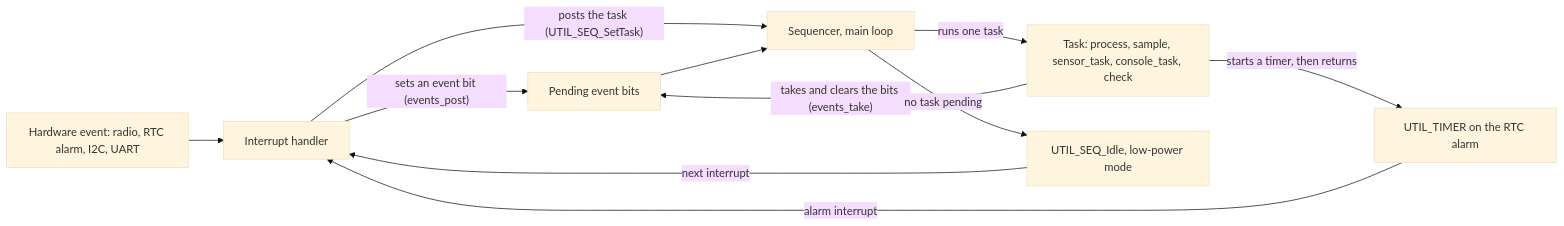
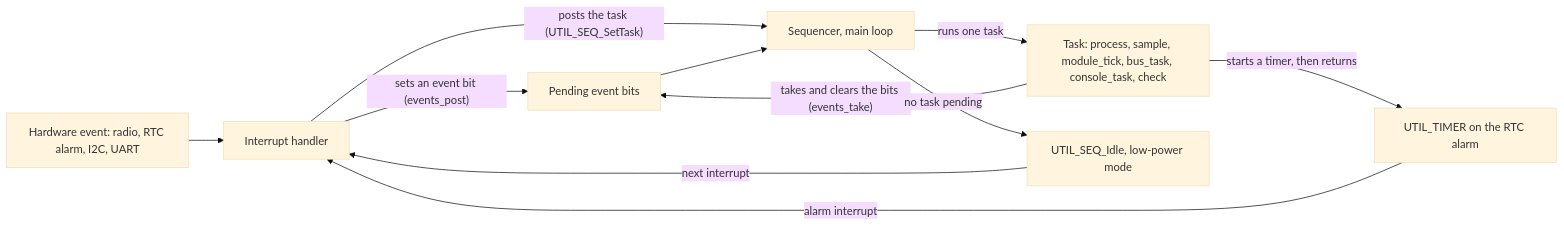
One commit to clintecker/weather-station-2026 changed the first of 5 diagrams in docs/firmware-event-model.md. Above: the diagram before and after it, drawn with Mermaid (base theme). The commit also changed other lines of this file and 16 other files, not shown here.

````diff
--- a/docs/firmware-event-model.md
+++ b/docs/firmware-event-model.md
@@ -24,13 +24,13 @@
 ```mermaid
 flowchart LR
   HW["Hardware event: radio, RTC alarm, I2C, UART"] --> ISR["Interrupt handler"]
   ISR -->|"sets an event bit (events_post)"| BITS["Pending event bits"]
   ISR -->|"posts the task (UTIL_SEQ_SetTask)"| SEQ["Sequencer, main loop"]
   BITS --> SEQ
-  SEQ -->|"runs one task"| TASK["Task: process, sample, sensor_task, console_task, check"]
+  SEQ -->|"runs one task"| TASK["Task: process, sample, module_tick, bus_task, console_task, check"]
   TASK -->|"takes and clears the bits (events_take)"| BITS
   TASK -->|"starts a timer, then returns"| TIMER["UTIL_TIMER on the RTC alarm"]
   TIMER -->|"alarm interrupt"| ISR
   SEQ -->|"no task pending"| IDLE["UTIL_SEQ_Idle, low-power mode"]
   IDLE -->|"next interrupt"| ISR
 ```
````
